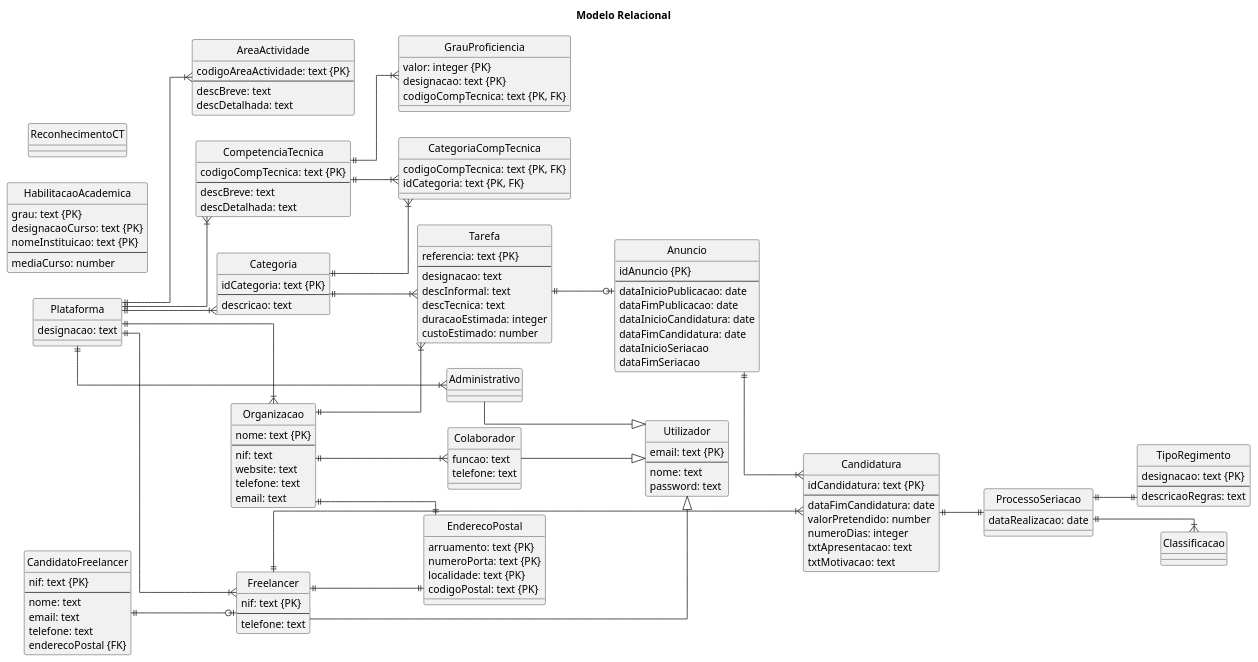
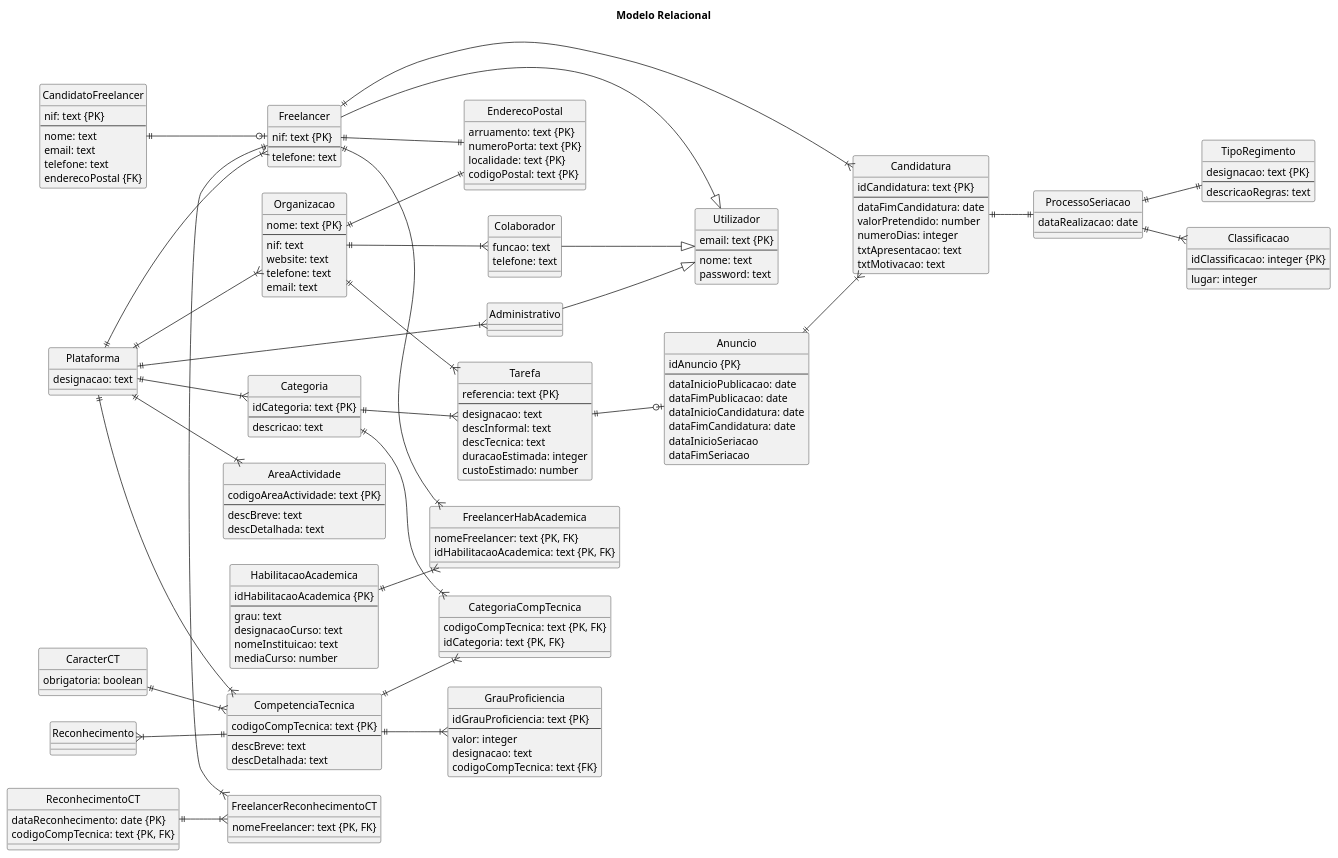
The diagram in Documentação/Sprint 3/Modelo_Relacional/Modelo_Relacional.puml (blestonbandeiraUPSKILL/upskill_java1_labprg_grupo2), drawn with PlantUML before and after one commit. The commit also changed 1 other file, not shown here.

```diff
--- a/Documentação/Sprint 3/Modelo_Relacional/Modelo_Relacional.puml
+++ b/Documentação/Sprint 3/Modelo_Relacional/Modelo_Relacional.puml
@@ -4,7 +4,7 @@
 title Modelo Relacional
 
 hide circle
-skinparam linetype ortho
+'skinparam linetype ortho
 
 entity "Plataforma" {
     designacao: text
@@ -60,9 +60,11 @@
 }
 
 entity "GrauProficiencia" {
-    valor: integer {PK}
-    designacao: text {PK}
-    codigoCompTecnica: text {PK, FK}
+    idGrauProficiencia: text {PK}
+    --
+    valor: integer 
+    designacao: text 
+    codigoCompTecnica: text {FK}
 }
 
 entity "Freelancer" {
@@ -118,6 +120,12 @@
     descricaoRegras: text
 }
 
+entity "Classificacao" {
+    idClassificacao: integer {PK}
+    --
+    lugar: integer
+}
+
 entity "Candidatura" {
     idCandidatura: text {PK}
     --
@@ -129,15 +137,30 @@
 }
 
 entity "HabilitacaoAcademica" {
-    grau: text {PK}
-    designacaoCurso: text {PK}
-    nomeInstituicao: text {PK}
+    idHabilitacaoAcademica {PK}
     --
+    grau: text 
+    designacaoCurso: text 
+    nomeInstituicao: text 
     mediaCurso: number
 }
 
 entity "ReconhecimentoCT" {
-    
+    dataReconhecimento: date {PK}
+    codigoCompTecnica: text {PK, FK}
+}
+
+entity "FreelancerHabAcademica" {
+    nomeFreelancer: text {PK, FK}
+    idHabilitacaoAcademica: text {PK, FK}
+}
+
+entity "FreelancerReconhecimentoCT" {
+    nomeFreelancer: text {PK, FK}
+
+}
+entity "CaracterCT" {
+    obrigatoria: boolean
 }
 
 Plataforma ||--|{ Organizacao
@@ -164,6 +187,13 @@
 Candidatura ||--|| ProcessoSeriacao
 ProcessoSeriacao ||--|| TipoRegimento
 ProcessoSeriacao ||--|{ Classificacao
+Freelancer ||--|{ FreelancerHabAcademica
+HabilitacaoAcademica ||--|{ FreelancerHabAcademica
+Freelancer ||-|{ FreelancerReconhecimentoCT
+ReconhecimentoCT ||--|{ FreelancerReconhecimentoCT
+Reconhecimento }|--|| CompetenciaTecnica
+CaracterCT ||--|{ CompetenciaTecnica
+
 
 
 
```
